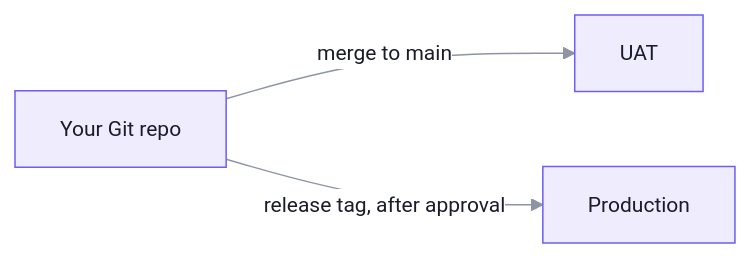
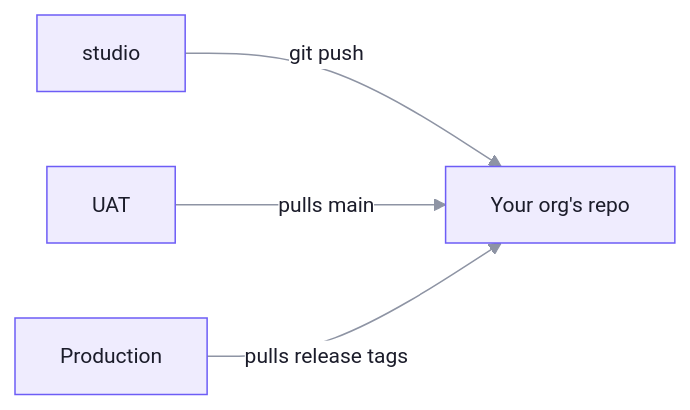
Before and after one commit to unoverse-platform/docs: the diagram in architecture/environments.md, drawn with Mermaid. The commit also changed other lines of this file and 33 other files, not shown here.

````diff
--- a/architecture/environments.md
+++ b/architecture/environments.md
@@ -36,9 +51,7 @@
 ```mermaid
 %%{init: {"theme":"base","themeVariables":{"fontFamily":"Inter, ui-sans-serif, system-ui","fontSize":"14px","primaryColor":"#EFECFE","primaryBorderColor":"#6D5DF6","primaryTextColor":"#1B1C2A","secondaryColor":"#F4F4F7","tertiaryColor":"#F4F4F7","lineColor":"#8E94A4","clusterBkg":"#FBFBFD","clusterBorder":"#E4E5EC","edgeLabelBackground":"#FFFFFF","nodeBorder":"#6D5DF6"}}}%%
 flowchart LR
-  R["Your Git repo"]
-  U["UAT"]
-  P["Production"]
-  R -->|"merge to main"| U
-  R -->|"release tag, after approval"| P
+  D["studio"] -->|"git push"| R["Your org's repo"]
+  U["UAT"] -->|"pulls main"| R
+  P["Production"] -->|"pulls release tags"| R
 ```
````
